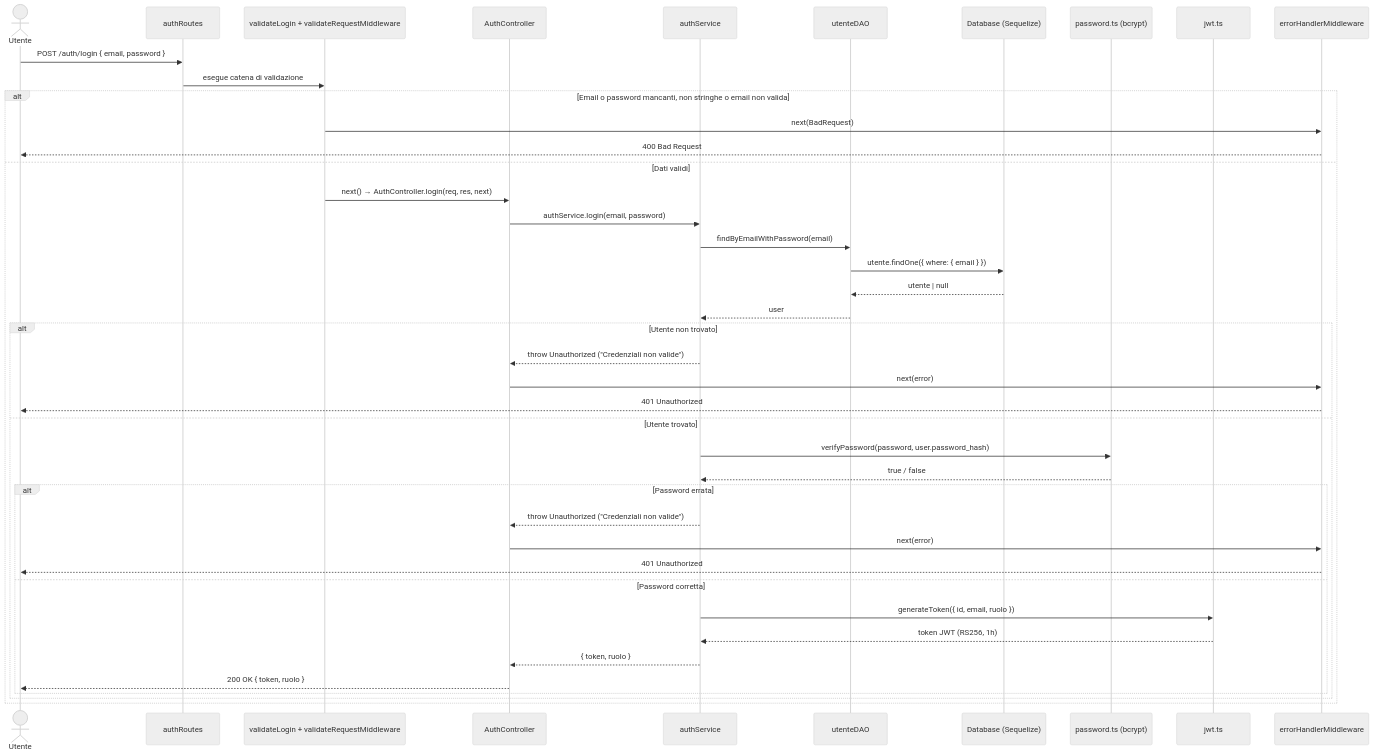
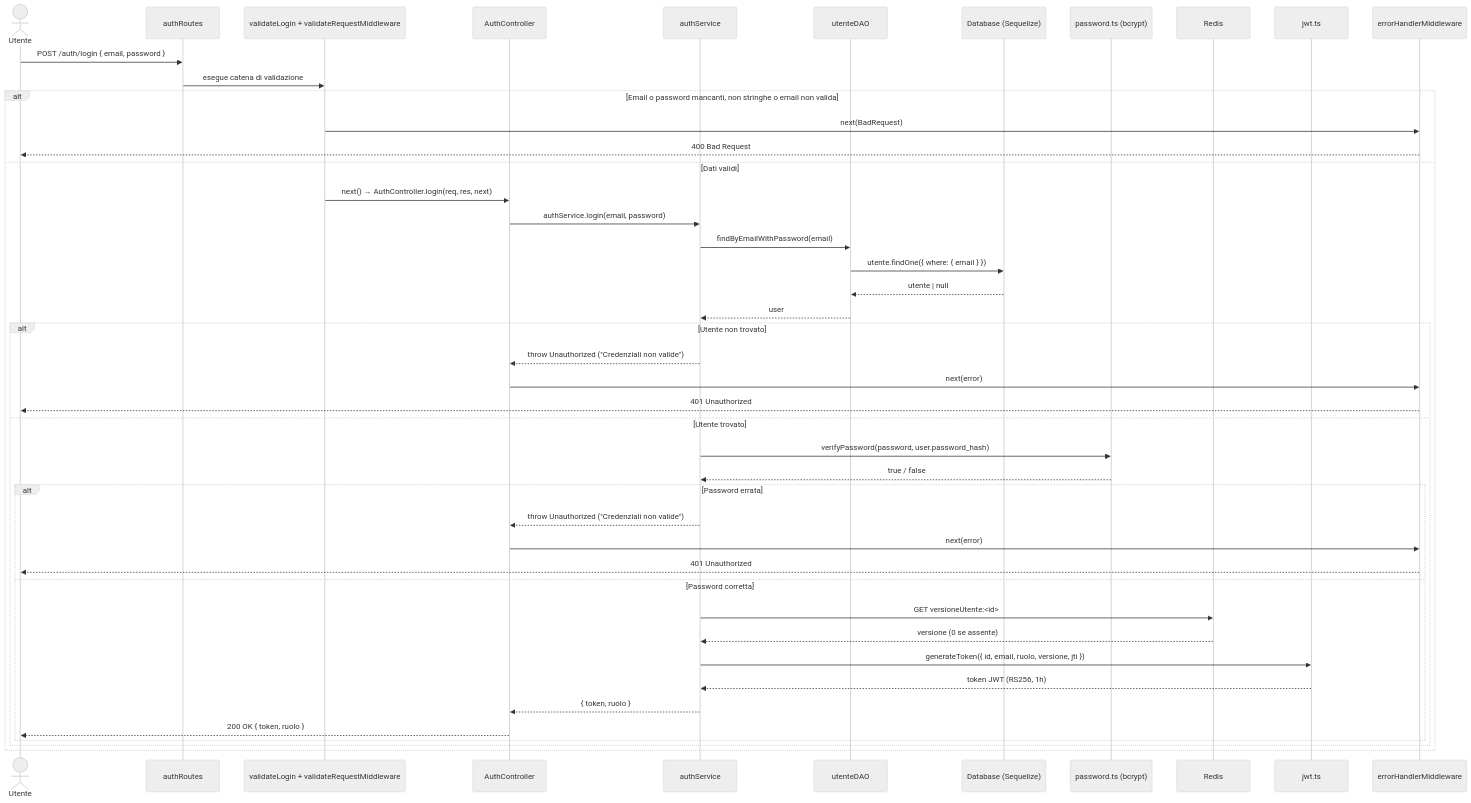
One commit to antoniodam03/ProgettoProgrammazioneAvanzata changed the second of 6 diagrams in README.md. Above: the diagram before and after it, drawn with Mermaid (neutral theme). The commit also changed other lines of this file, not shown here.

````diff
--- a/README.md
+++ b/README.md
@@ -285,49 +290,52 @@
 ```mermaid
 sequenceDiagram
     actor U as Utente
     participant R as authRoutes
     participant V as validateLogin + validateRequestMiddleware
     participant C as AuthController
     participant S as authService
     participant D as utenteDAO
     participant DB as Database (Sequelize)
     participant PW as password.ts (bcrypt)
+    participant RD as Redis
     participant JWT as jwt.ts
     participant EH as errorHandlerMiddleware
 
     U->>R: POST /auth/login { email, password }
     R->>V: esegue catena di validazione
 
     alt Email o password mancanti, non stringhe o email non valida
         V->>EH: next(BadRequest)
         EH-->>U: 400 Bad Request
     else Dati validi
         V->>C: next() → AuthController.login(req, res, next)
         C->>S: authService.login(email, password)
 
         S->>D: findByEmailWithPassword(email)
         D->>DB: utente.findOne({ where: { email } })
         DB-->>D: utente | null
         D-->>S: user
 
         alt Utente non trovato
             S-->>C: throw Unauthorized ("Credenziali non valide")
             C->>EH: next(error)
             EH-->>U: 401 Unauthorized
         else Utente trovato
             S->>PW: verifyPassword(password, user.password_hash)
             PW-->>S: true / false
 
             alt Password errata
                 S-->>C: throw Unauthorized ("Credenziali non valide")
                 C->>EH: next(error)
                 EH-->>U: 401 Unauthorized
             else Password corretta
-                S->>JWT: generateToken({ id, email, ruolo })
+                S->>RD: GET versioneUtente:<id>
+                RD-->>S: versione (0 se assente)
+                S->>JWT: generateToken({ id, email, ruolo, versione, jti })
                 JWT-->>S: token JWT (RS256, 1h)
                 S-->>C: { token, ruolo }
                 C-->>U: 200 OK { token, ruolo }
             end
         end
     end
 ```
````
